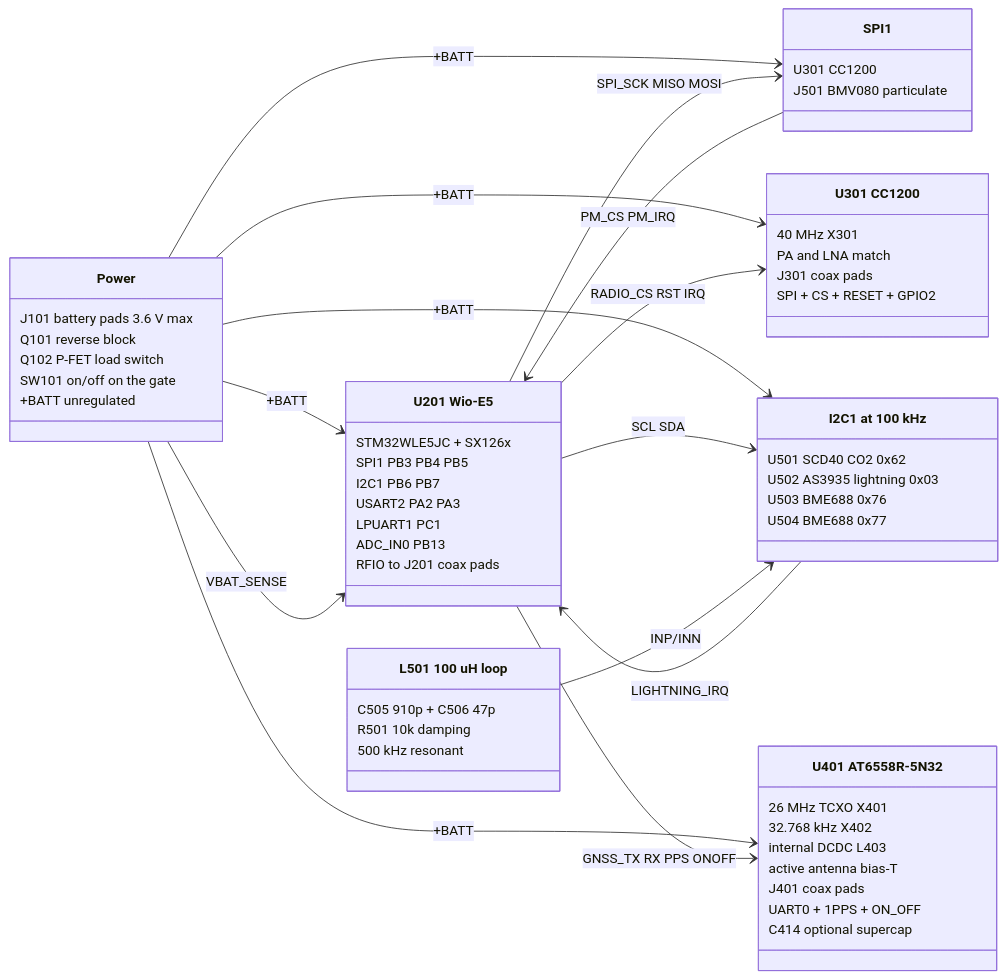
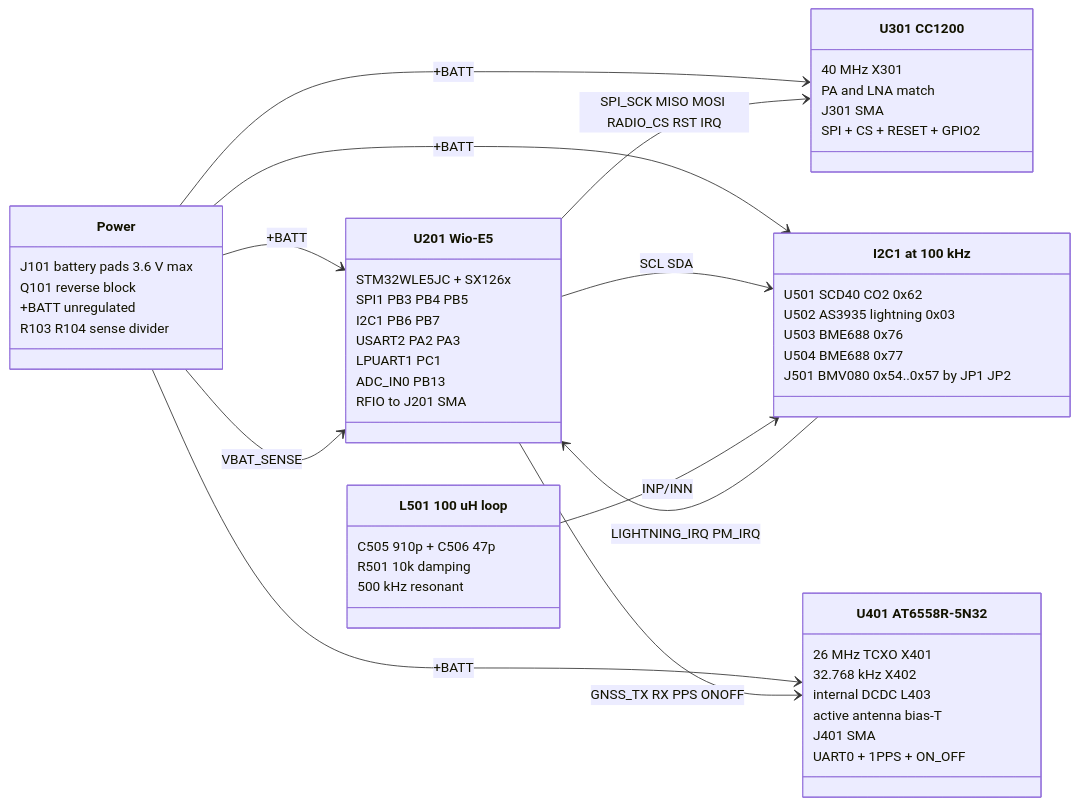
One commit to tmpk13/cc1200-balloon changed the diagram in README.md. Above: the diagram before and after it, drawn with Mermaid. The commit also changed other lines of this file and 15 other files, not shown here.

First line of the commit message:
Board review, part fields on every symbol, DigiKey BOM regenerated from the schematic

````diff
--- a/README.md
+++ b/README.md
@@ -16,65 +15,57 @@
 ```mermaid
 classDiagram
     direction LR
 
     class WioE5["U201 Wio-E5"] {
         STM32WLE5JC + SX126x
         SPI1 PB3 PB4 PB5
         I2C1 PB6 PB7
         USART2 PA2 PA3
         LPUART1 PC1
         ADC_IN0 PB13
-        RFIO to J201 coax pads
+        RFIO to J201 SMA
     }
     class Power["Power"] {
         J101 battery pads 3.6 V max
         Q101 reverse block
-        Q102 P-FET load switch
-        SW101 on/off on the gate
         +BATT unregulated
+        R103 R104 sense divider
     }
     class Radio["U301 CC1200"] {
         40 MHz X301
         PA and LNA match
-        J301 coax pads
+        J301 SMA
         SPI + CS + RESET + GPIO2
     }
     class GNSS["U401 AT6558R-5N32"] {
         26 MHz TCXO X401
         32.768 kHz X402
         internal DCDC L403
         active antenna bias-T
-        J401 coax pads
+        J401 SMA
         UART0 + 1PPS + ON_OFF
-        C414 optional supercap
     }
     class I2CBus["I2C1 at 100 kHz"] {
         U501 SCD40 CO2 0x62
         U502 AS3935 lightning 0x03
         U503 BME688 0x76
         U504 BME688 0x77
-    }
-    class SPIBus["SPI1"] {
-        U301 CC1200
-        J501 BMV080 particulate
+        J501 BMV080 0x54..0x57 by JP1 JP2
     }
     class Antenna["L501 100 uH loop"] {
         C505 910p + C506 47p
         R501 10k damping
         500 kHz resonant
     }
 
     Power --> WioE5 : +BATT
     Power --> Radio : +BATT
     Power --> GNSS : +BATT
     Power --> I2CBus : +BATT
-    Power --> SPIBus : +BATT
     Power --> WioE5 : VBAT_SENSE
-    WioE5 --> SPIBus : SPI_SCK MISO MOSI
-    WioE5 --> Radio : RADIO_CS RST IRQ
+    WioE5 --> Radio : SPI_SCK MISO MOSI RADIO_CS RST IRQ
     WioE5 --> I2CBus : SCL SDA
     WioE5 --> GNSS : GNSS_TX RX PPS ONOFF
-    I2CBus --> WioE5 : LIGHTNING_IRQ
-    SPIBus --> WioE5 : PM_CS PM_IRQ
+    I2CBus --> WioE5 : LIGHTNING_IRQ PM_IRQ
     Antenna --> I2CBus : INP/INN
 ```
````
